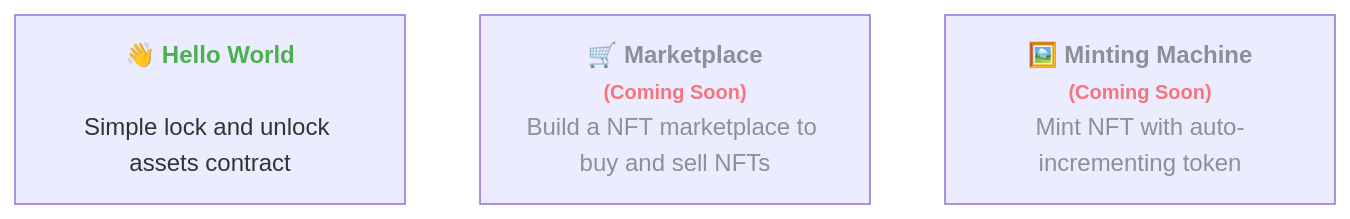
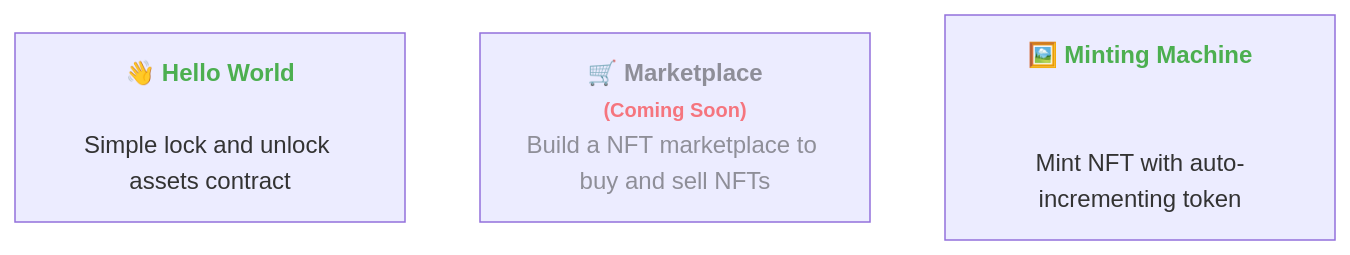
Before and after one commit to MeshJS/polkadot: the second of 3 diagrams in apps/docs/src/pages/en/wiki/3_smart_contracts_lib/3000.md, drawn with Mermaid. The commit also changed 1 other file, not shown here.

Commit message:
minting machine menu

````diff
--- a/apps/docs/src/pages/en/wiki/3_smart_contracts_lib/3000.md
+++ b/apps/docs/src/pages/en/wiki/3_smart_contracts_lib/3000.md
@@ -23,10 +23,10 @@
 ```mermaid
 graph TD
     D["👋 <b style='color:#4CAF50;'>Hello World</b><br><br>Simple lock and unlock assets contract"]
     E["🛒 <b style='color:#4CAF50;opacity:0.5;'>Marketplace<br><small style='color:red;'>(Coming Soon)</small></b><br><span style='opacity:0.5;'>Build a NFT marketplace to buy and sell NFTs</span>"]
-    F["🖼️ <b style='color:#4CAF50;opacity:0.5;'>Minting Machine<br><small style='color:red;'>(Coming Soon)</small></b><br><span style='opacity:0.5;'>Mint NFT with auto-incrementing token"]
+    F["🖼️ <b style='color:#4CAF50;'>Minting Machine<br></b><br><br>Mint NFT with auto-incrementing token"]
     
     click D "3005" "Hello World"
     %% E intentionally has no click binding
-    %% E intentionally has no click binding
+    click F "3008" "Minting Machine"
 ```
````
